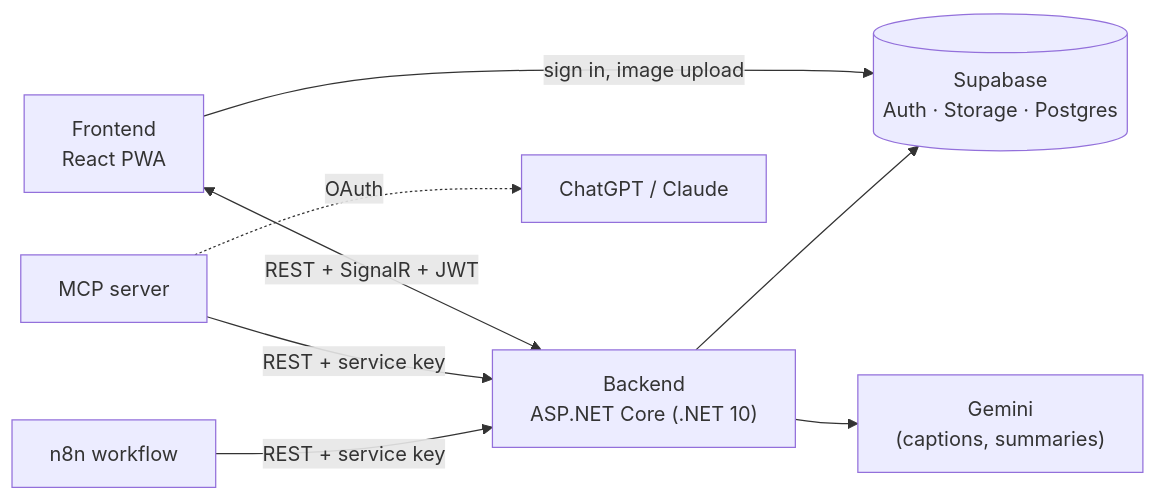
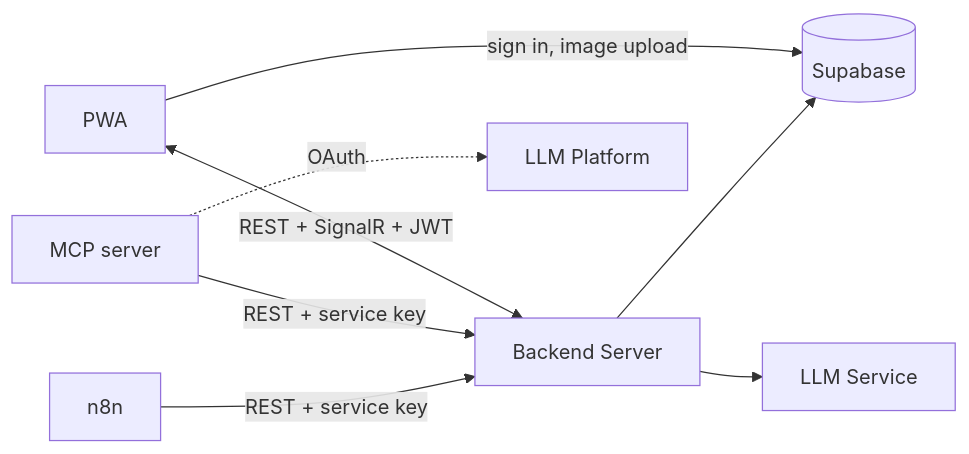
Before and after one commit to phanxuanquang/jetomax-assignment: the diagram in README.md, drawn with Mermaid. The commit also changed other lines of this file, not shown here.

````diff
--- a/README.md
+++ b/README.md
@@ -5,10 +4,10 @@
 ```mermaid
 flowchart LR
-    FE["Frontend<br/>React PWA"] <-->|REST + SignalR + JWT| BE["Backend<br/>ASP.NET Core (.NET 10)"]
-    FE -->|sign in, image upload| SB[("Supabase<br/>Auth · Storage · Postgres")]
+    FE["PWA"] <-->|REST + SignalR + JWT| BE["Backend Server"]
+    FE -->|sign in, image upload| SB[("Supabase")]
     BE --> SB
-    BE --> GEM["Gemini<br/>(captions, summaries)"]
+    BE --> GEM["LLM Service"]
     MCP["MCP server"] -->|REST + service key| BE
-    N8N["n8n workflow"] -->|REST + service key| BE
-    MCP -.->|OAuth| GPT["ChatGPT / Claude"]
+    N8N["n8n"] -->|REST + service key| BE
+    MCP -.->|OAuth| GPT["LLM Platform"]
 ```
````
